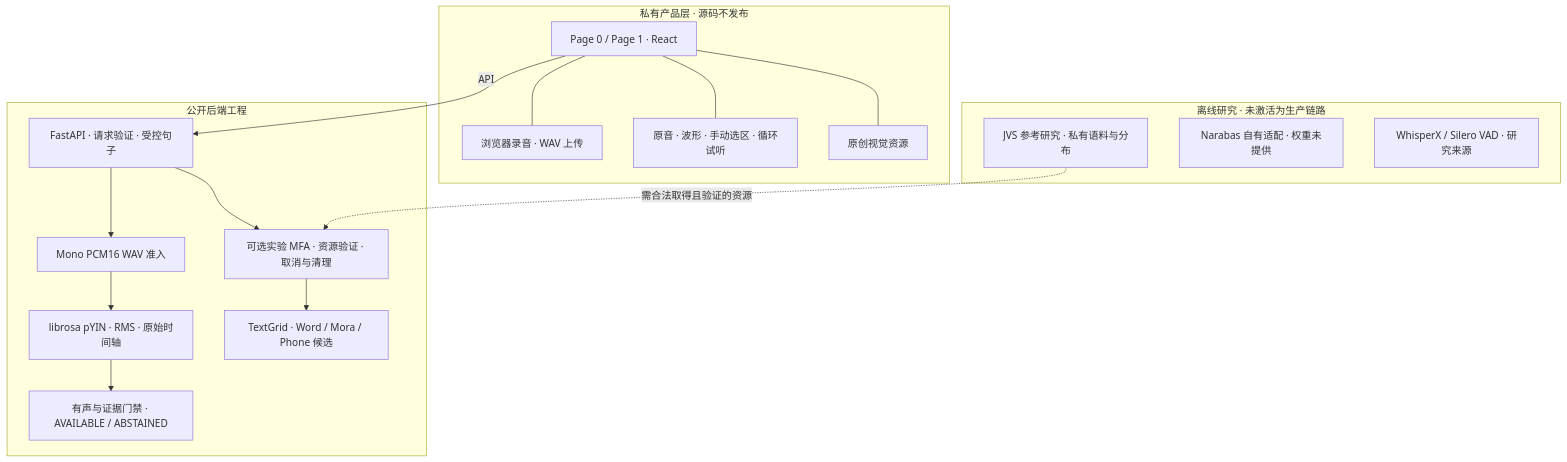
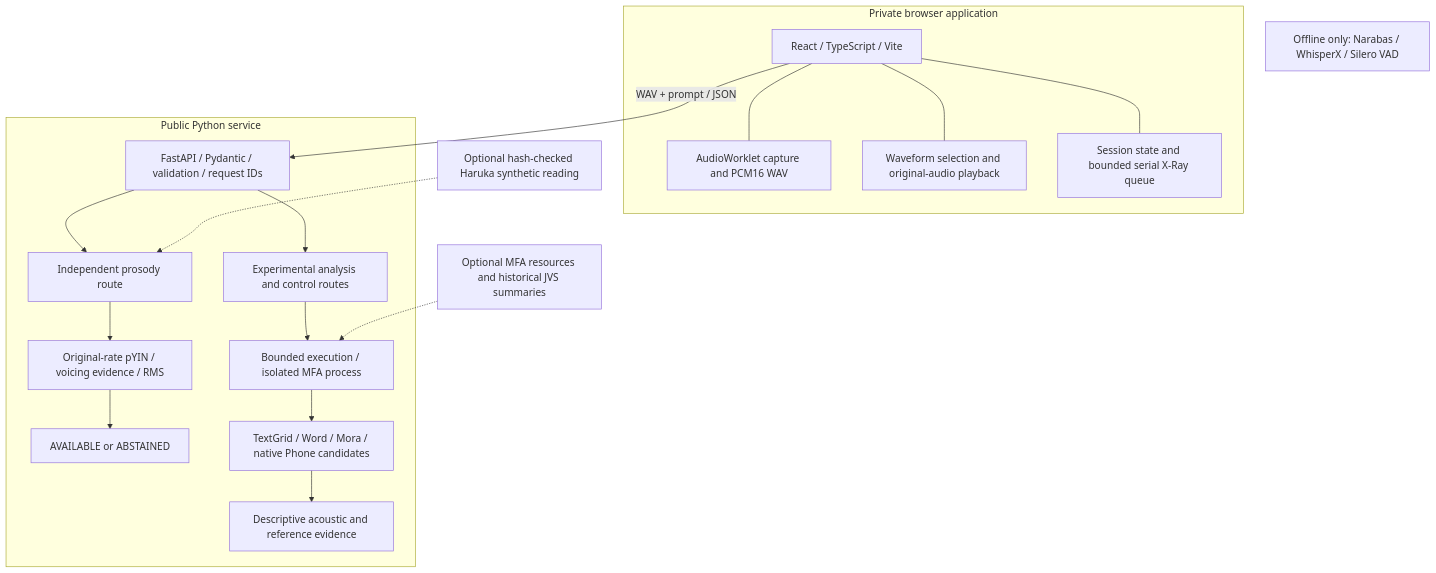
Before and after one commit to liguozheng-ac/japanese-speech-xray: the diagram in docs/ARCHITECTURE.md, drawn with Mermaid. The commit also changed other lines of this file and 19 other files, not shown here.

Commit message:
docs: present architecture and product demos in English

````diff
--- a/docs/ARCHITECTURE.md
+++ b/docs/ARCHITECTURE.md
@@ -5,32 +9,30 @@
 ```mermaid
 flowchart TD
-  subgraph PRIVATE["私有产品层 · 源码不发布"]
-    UI["Page 0 / Page 1 · React"]
-    RECORD["浏览器录音 · WAV 上传"]
-    INSPECT["原音 · 波形 · 手动选区 · 循环试听"]
-    VISUAL["原创视觉资源"]
-    UI --- RECORD
-    UI --- INSPECT
-    UI --- VISUAL
+  subgraph client ["Private browser application"]
+    browserUi["React / TypeScript / Vite"]
+    capture["AudioWorklet capture and PCM16 WAV"]
+    practice["Waveform selection and original-audio playback"]
+    queue["Session state and bounded serial X-Ray queue"]
+    browserUi --- capture
+    browserUi --- practice
+    browserUi --- queue
   end
-  subgraph PUBLIC["公开后端工程"]
-    API["FastAPI · 请求验证 · 受控句子"]
-    PCM["Mono PCM16 WAV 准入"]
-    PYIN["librosa pYIN · RMS · 原始时间轴"]
-    GATE["有声与证据门禁 · AVAILABLE / ABSTAINED"]
-    OPTIONAL["可选实验 MFA · 资源验证 · 取消与清理"]
-    STRUCTURE["TextGrid · Word / Mora / Phone 候选"]
-    API --> PCM
-    PCM --> PYIN
-    PYIN --> GATE
-    API --> OPTIONAL
-    OPTIONAL --> STRUCTURE
+  subgraph apiLayer ["Public Python service"]
+    httpApi["FastAPI / Pydantic / validation / request IDs"]
+    prosodyRoute["Independent prosody route"]
+    xrayRoute["Experimental analysis and control routes"]
+    pyinEngine["Original-rate pYIN / voicing evidence / RMS"]
+    pitchGate["AVAILABLE or ABSTAINED"]
+    orchestrator["Bounded execution / isolated MFA process"]
+    structure["TextGrid / Word / Mora / native Phone candidates"]
+    evidence["Descriptive acoustic and reference evidence"]
+    httpApi --> prosodyRoute
+    httpApi --> xrayRoute
+    prosodyRoute --> pyinEngine --> pitchGate
+    xrayRoute --> orchestrator --> structure --> evidence
   end
-  subgraph RESEARCH["离线研究 · 未激活为生产链路"]
-    REFS["JVS 参考研究 · 私有语料与分布"]
-    NARABAS["Narabas 自有适配 · 权重未提供"]
-    OTHER["WhisperX / Silero VAD · 研究来源"]
-  end
-  UI -->|"API"| API
-  REFS -. "需合法取得且验证的资源" .-> OPTIONAL
+  browserUi -->|"WAV + prompt / JSON"| httpApi
+  synthRef["Optional hash-checked Haruka synthetic reading"] -.-> prosodyRoute
+  localResources["Optional MFA resources and historical JVS summaries"] -.-> orchestrator
+  research["Offline only: Narabas / WhisperX / Silero VAD"]
 ```
````
